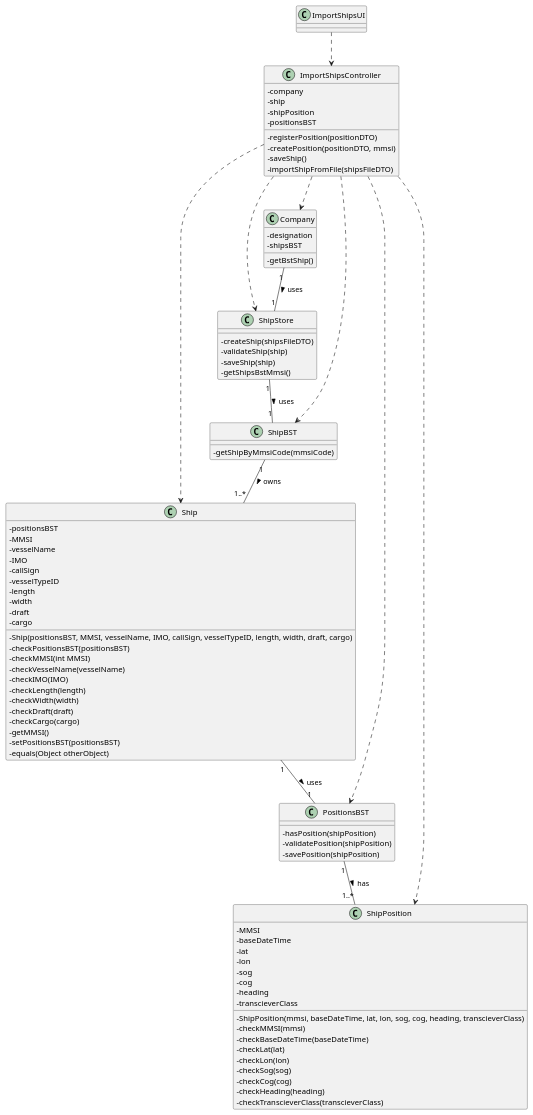
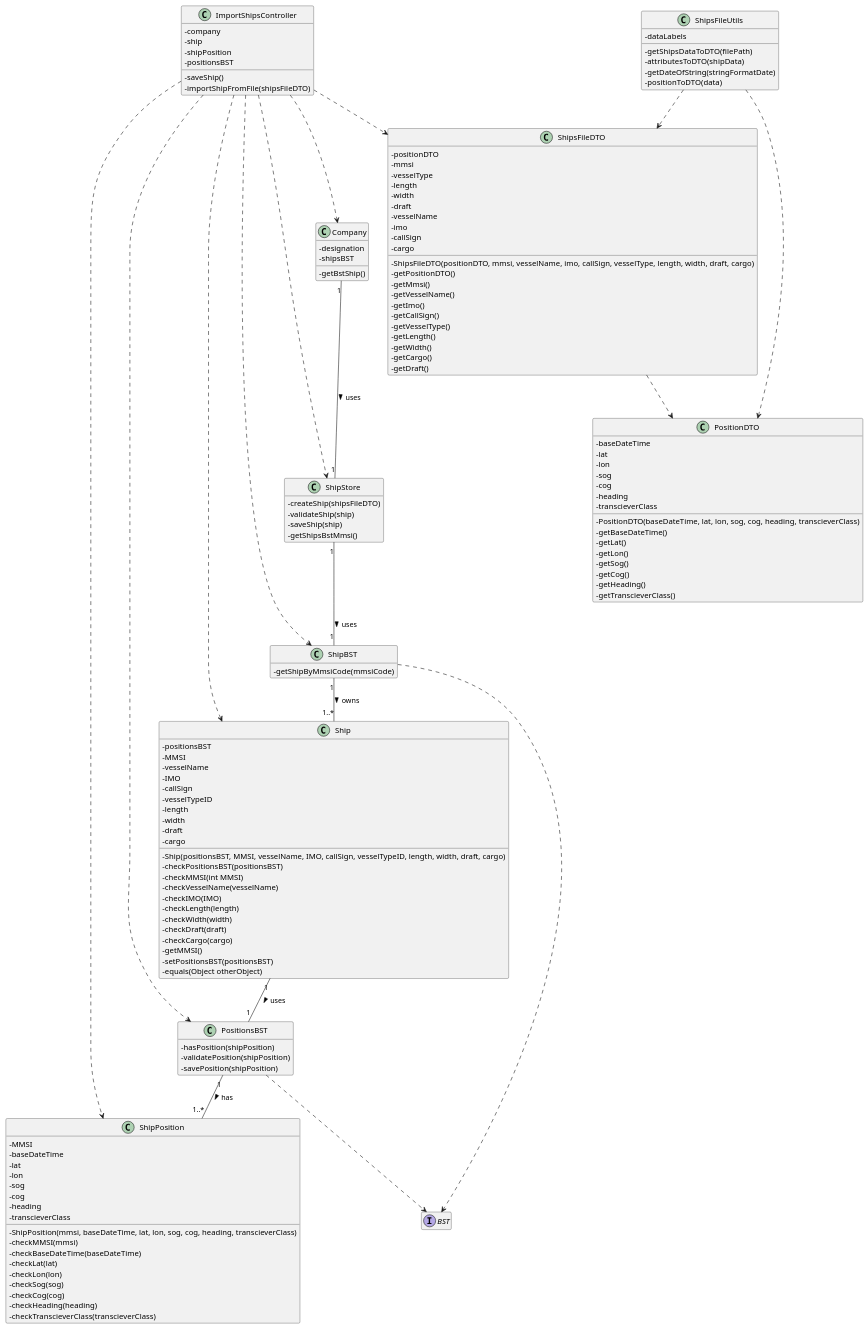
One commit to ana-albergaria/LAPR3-ISEP changed the diagram in docs/US101/US_101_CD.puml. Above: the diagram before and after it, drawn with PlantUML. The commit also changed 6 other files, not shown here.

```diff
--- a/docs/US101/US_101_CD.puml
+++ b/docs/US101/US_101_CD.puml
@@ -1,100 +1,158 @@
 @startuml
 
+hide empty methods
+hide empty attributes
+'left to right direction
 skinparam classAttributeIconSize 0
-
-class ImportShipsUI {}
 
 class ImportShipsController {
 - company
 - ship
 - shipPosition
 - positionsBST
-- registerPosition(positionDTO)
-- createPosition(positionDTO, mmsi)
 - saveShip()
 - importShipFromFile(shipsFileDTO)
 }
 
 class Company {
 - designation
 - shipsBST
 - getBstShip()
 }
 
 class Ship {
 - positionsBST
 - MMSI
 - vesselName
 - IMO
 - callSign
 - vesselTypeID
 - length
 - width
 - draft
 - cargo
 - Ship(positionsBST, MMSI, vesselName, IMO, callSign, vesselTypeID, length, width, draft, cargo)
 - checkPositionsBST(positionsBST)
 - checkMMSI(int MMSI)
 - checkVesselName(vesselName)
 - checkIMO(IMO)
 - checkLength(length)
 - checkWidth(width)
 - checkDraft(draft)
 - checkCargo(cargo)
 - getMMSI()
 - setPositionsBST(positionsBST)
 - equals(Object otherObject)
 }
 
 class ShipPosition {
 - MMSI
 - baseDateTime
 - lat
 - lon
 - sog
 - cog
 - heading
 - transcieverClass
 - ShipPosition(mmsi, baseDateTime, lat, lon, sog, cog, heading, transcieverClass)
 - checkMMSI(mmsi)
 - checkBaseDateTime(baseDateTime)
 - checkLat(lat)
 - checkLon(lon)
 - checkSog(sog)
 - checkCog(cog)
 - checkHeading(heading)
 - checkTranscieverClass(transcieverClass)
 }
 
 class ShipStore {
 - createShip(shipsFileDTO)
 - validateShip(ship)
 - saveShip(ship)
 - getShipsBstMmsi()
 }
 
 class ShipBST {
 - getShipByMmsiCode(mmsiCode)
 }
 
 class PositionsBST {
 - hasPosition(shipPosition)
 - validatePosition(shipPosition)
 - savePosition(shipPosition)
 }
 
+class ShipsFileDTO{
+- positionDTO
+- mmsi
+- vesselType
+- length
+- width
+- draft
+- vesselName
+- imo
+- callSign
+- cargo
+- ShipsFileDTO(positionDTO, mmsi, vesselName, imo, callSign, vesselType, length, width, draft, cargo)
+- getPositionDTO()
+- getMmsi()
+- getVesselName()
+- getImo()
+- getCallSign()
+- getVesselType()
+- getLength()
+- getWidth()
+- getCargo()
+- getDraft()
+}
+
+class PositionDTO{
+- baseDateTime
+- lat
+- lon
+- sog
+- cog
+- heading
+- transcieverClass
+- PositionDTO(baseDateTime, lat, lon, sog, cog, heading, transcieverClass)
+- getBaseDateTime()
+- getLat()
+- getLon()
+- getSog()
+- getCog()
+- getHeading()
+- getTranscieverClass()
+}
+
+class ShipsFileUtils{
+- dataLabels
+- getShipsDataToDTO(filePath)
+- attributesToDTO(shipData)
+- getDateOfString(stringFormatDate)
+- positionToDTO(data)
+}
+
+Interface BST{
+}
+
 Company "1" -- "1" ShipStore : uses >
 ShipStore "1" -- "1" ShipBST : uses >
 ShipBST "1" -- "1..*" Ship : owns >
 Ship "1" -- "1" PositionsBST : uses >
 PositionsBST "1" -- "1..*" ShipPosition : has >
-ImportShipsUI ..> ImportShipsController
 ImportShipsController ..> Company
 ImportShipsController ..> ShipBST
 ImportShipsController ..> Ship
 ImportShipsController ..> PositionsBST
 ImportShipsController ..> ShipPosition
 ImportShipsController ..> ShipStore
+ShipBST ..> BST
+PositionsBST ..> BST
+ShipsFileUtils ..> ShipsFileDTO
+ShipsFileUtils ..> PositionDTO
+ImportShipsController ..> ShipsFileDTO
+ShipsFileDTO ..> PositionDTO
+
 
 
 @enduml
```
